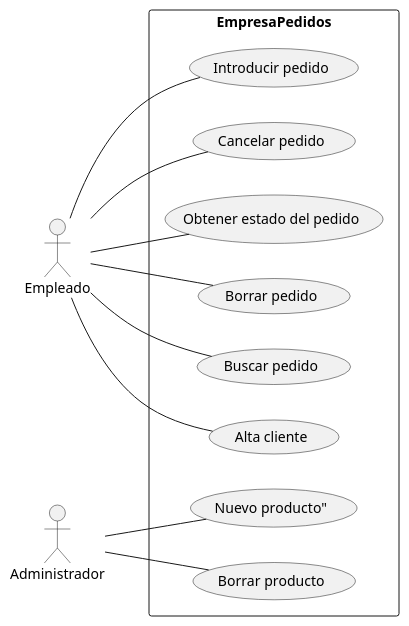
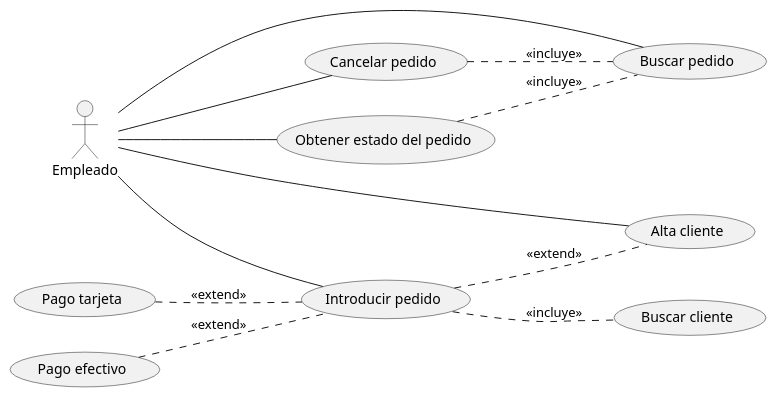
One commit to DanielMiralles12/ClasesDeUsoII changed the diagram in src/main/java/org/example/ClasesDeUso.puml. Above: the diagram before and after it, drawn with PlantUML. The commit also changed 1 other file, not shown here.

Commit message:
Ejemplo diagrama estructurado.

```diff
--- a/src/main/java/org/example/ClasesDeUso.puml
+++ b/src/main/java/org/example/ClasesDeUso.puml
@@ -1,26 +1,27 @@
 @startuml
 left to right direction
 
-rectangle EmpresaPedidos{
 usecase "Introducir pedido" as CU1
 usecase "Cancelar pedido" as CU2
 usecase "Obtener estado del pedido" as CU3
-usecase "Borrar pedido" as CU4
 usecase "Buscar pedido" as CU5
 usecase "Alta cliente" as CU6
-usecase "Nuevo producto"" as CU7
-usecase "Borrar producto" as CU8
-}
+usecase "Buscar cliente" as CU9
+usecase "Pago efectivo" as CU10
+usecase "Pago tarjeta" as CU11
 
 :Empleado: -- CU1
 :Empleado: -- CU2
 :Empleado: -- CU3
-:Empleado: -- CU4
 :Empleado: -- CU5
 :Empleado: -- CU6
-:Administrador: -- CU7
-:Administrador: -- CU8
 
+CU1 .. CU6 : <<extend>>
+CU1 .. CU9 : <<incluye>>
+CU2 .. CU5 : <<incluye>>
+CU3 .. CU5 : <<incluye>>
+CU10 .. CU1 : <<extend>>
+CU11 .. CU1 : <<extend>>
 
 
 @enduml
```
